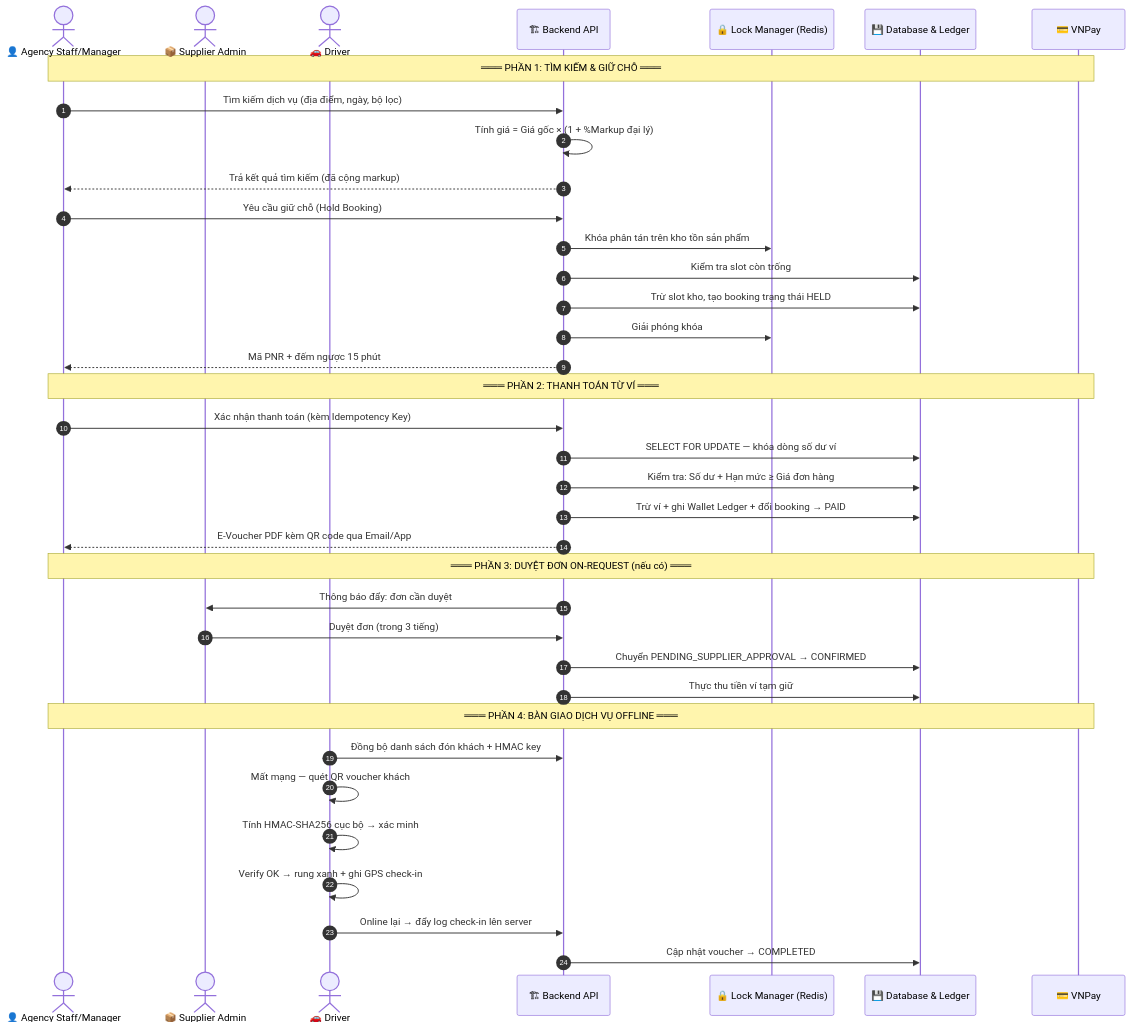
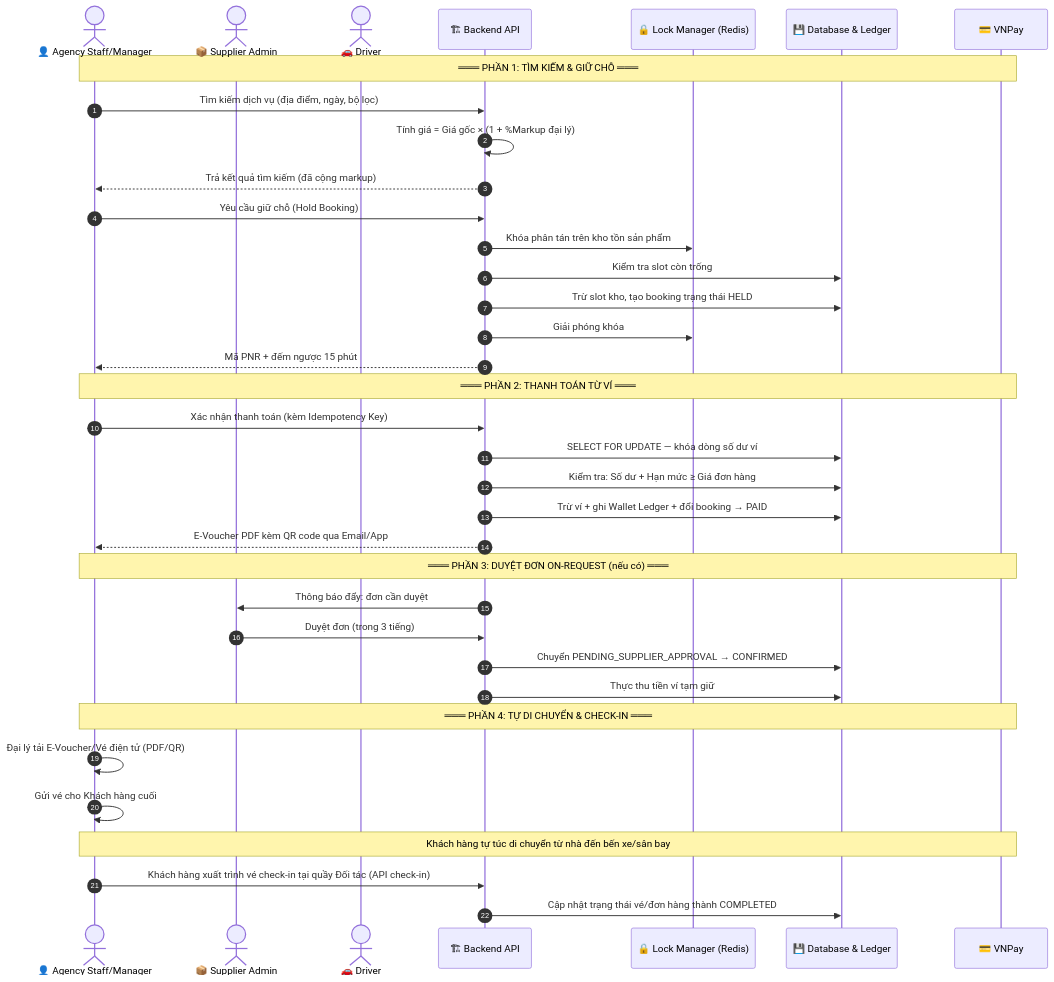
Before and after one commit to thanh-16/B2B_Tour: the ninth of 24 diagrams in docs/actors.md, drawn with Mermaid. The commit also changed other lines of this file and 1 other file, not shown here.

Commit message:
update: loai bo driver va tich hop doi tac van chuyen ben ngoai

````diff
--- a/docs/actors.md
+++ b/docs/actors.md
@@ -309,48 +297,47 @@
 ```mermaid
 sequenceDiagram
     autonumber
     actor Staff as 👤 Agency Staff/Manager
     actor Supplier as 📦 Supplier Admin
     actor Driver as 🚗 Driver
     participant API as 🏗 Backend API
     participant Lock as 🔒 Lock Manager (Redis)
     participant DB as 💾 Database & Ledger
     participant VNPay as 💳 VNPay
 
     Note over Staff, VNPay: ═══ PHẦN 1: TÌM KIẾM & GIỮ CHỖ ═══
 
     Staff->>API: Tìm kiếm dịch vụ (địa điểm, ngày, bộ lọc)
     API->>API: Tính giá = Giá gốc × (1 + %Markup đại lý)
     API-->>Staff: Trả kết quả tìm kiếm (đã cộng markup)
 
     Staff->>API: Yêu cầu giữ chỗ (Hold Booking)
     API->>Lock: Khóa phân tán trên kho tồn sản phẩm
     API->>DB: Kiểm tra slot còn trống
     API->>DB: Trừ slot kho, tạo booking trạng thái HELD
     API->>Lock: Giải phóng khóa
     API-->>Staff: Mã PNR + đếm ngược 15 phút
 
     Note over Staff, VNPay: ═══ PHẦN 2: THANH TOÁN TỪ VÍ ═══
 
     Staff->>API: Xác nhận thanh toán (kèm Idempotency Key)
     API->>DB: SELECT FOR UPDATE — khóa dòng số dư ví
     API->>DB: Kiểm tra: Số dư + Hạn mức ≥ Giá đơn hàng
     API->>DB: Trừ ví + ghi Wallet Ledger + đổi booking → PAID
     API-->>Staff: E-Voucher PDF kèm QR code qua Email/App
 
     Note over Staff, VNPay: ═══ PHẦN 3: DUYỆT ĐƠN ON-REQUEST (nếu có) ═══
 
     API->>Supplier: Thông báo đẩy: đơn cần duyệt
     Supplier->>API: Duyệt đơn (trong 3 tiếng)
     API->>DB: Chuyển PENDING_SUPPLIER_APPROVAL → CONFIRMED
     API->>DB: Thực thu tiền ví tạm giữ
 
-    Note over Staff, VNPay: ═══ PHẦN 4: BÀN GIAO DỊCH VỤ OFFLINE ═══
+    Note over Staff, VNPay: ═══ PHẦN 4: TỰ DI CHUYỂN & CHECK-IN ═══
 
-    Driver->>API: Đồng bộ danh sách đón khách + HMAC key
-    Driver->>Driver: Mất mạng — quét QR voucher khách
-    Driver->>Driver: Tính HMAC-SHA256 cục bộ → xác minh
-    Driver->>Driver: Verify OK → rung xanh + ghi GPS check-in
-    Driver->>API: Online lại → đẩy log check-in lên server
-    API->>DB: Cập nhật voucher → COMPLETED
+    Staff->>Staff: Đại lý tải E-Voucher/Vé điện tử (PDF/QR)
+    Staff->>Staff: Gửi vé cho Khách hàng cuối
+    Note over Staff, VNPay: Khách hàng tự túc di chuyển từ nhà đến bến xe/sân bay
+    Staff->>API: Khách hàng xuất trình vé check-in tại quầy Đối tác (API check-in)
+    API->>DB: Cập nhật trạng thái vé/đơn hàng thành COMPLETED
 ```
````
